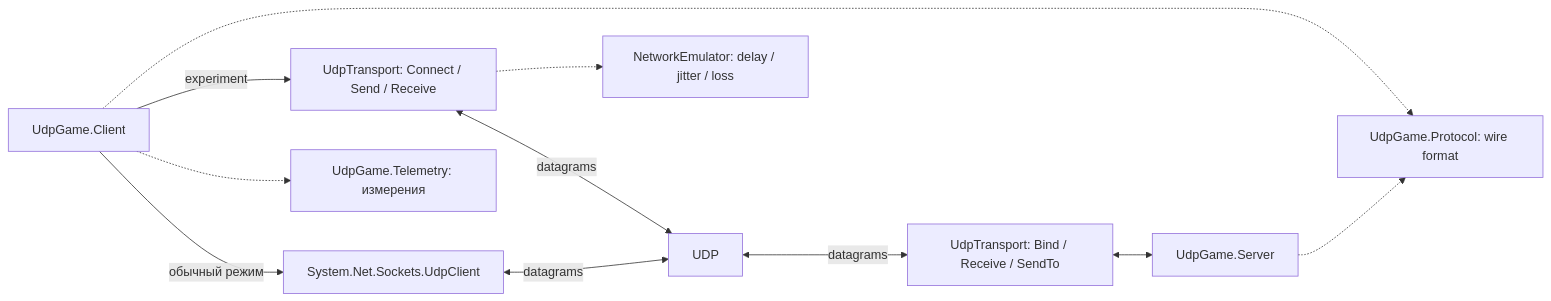
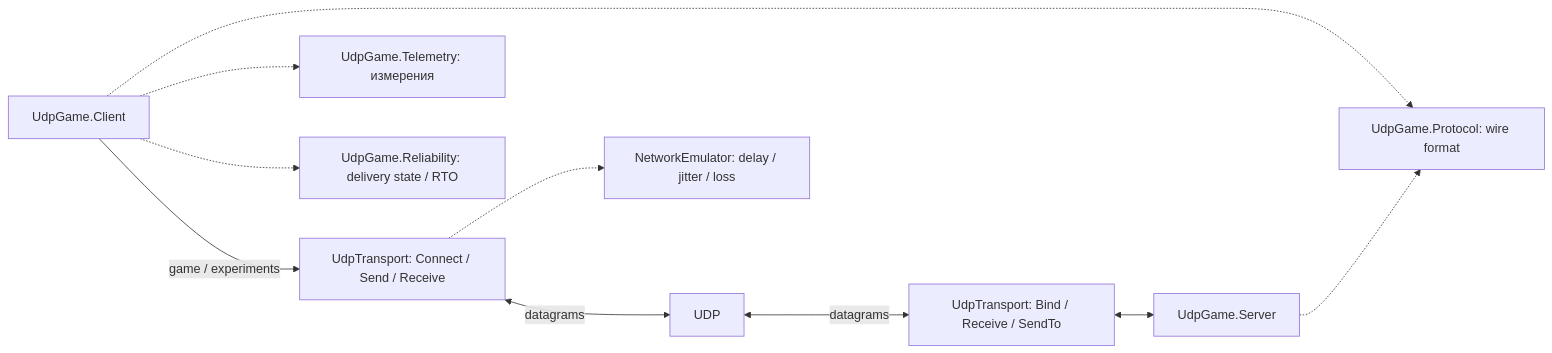
One commit to teeeema/prac-1-udp-csharp changed the first of 6 diagrams in docs/Architecture_Design.md. Above: the diagram before and after it, drawn with Mermaid. The commit also changed other lines of this file and 12 other files, not shown here.

Commit message:
docs: add measured reliability results and reproducible graphs

````diff
--- a/docs/Architecture_Design.md
+++ b/docs/Architecture_Design.md
@@ -33,13 +37,12 @@
 ```mermaid
 flowchart LR
-    C["UdpGame.Client"] -->|experiment| CT["UdpTransport: Connect / Send / Receive"]
-    C -->|обычный режим| Native["System.Net.Sockets.UdpClient"]
+    C["UdpGame.Client"] -->|game / experiments| CT["UdpTransport: Connect / Send / Receive"]
     CT <-->|datagrams| UDP["UDP"]
-    Native <-->|datagrams| UDP
     UDP <-->|datagrams| ST["UdpTransport: Bind / Receive / SendTo"]
     ST <--> S["UdpGame.Server"]
     CT -.-> E["NetworkEmulator: delay / jitter / loss"]
     C -.-> P["UdpGame.Protocol: wire format"]
     S -.-> P
     C -.-> T["UdpGame.Telemetry: измерения"]
+    C -.-> R["UdpGame.Reliability: delivery state / RTO"]
 ```
````
